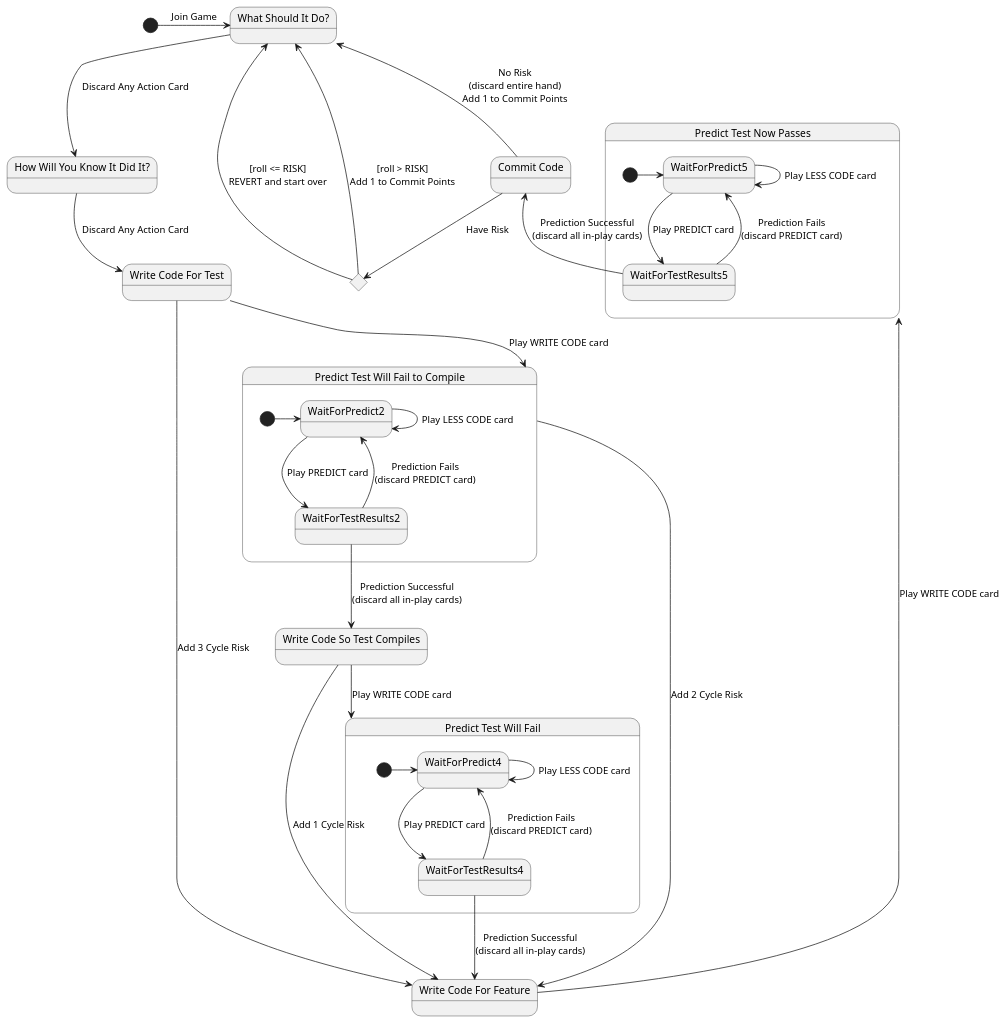
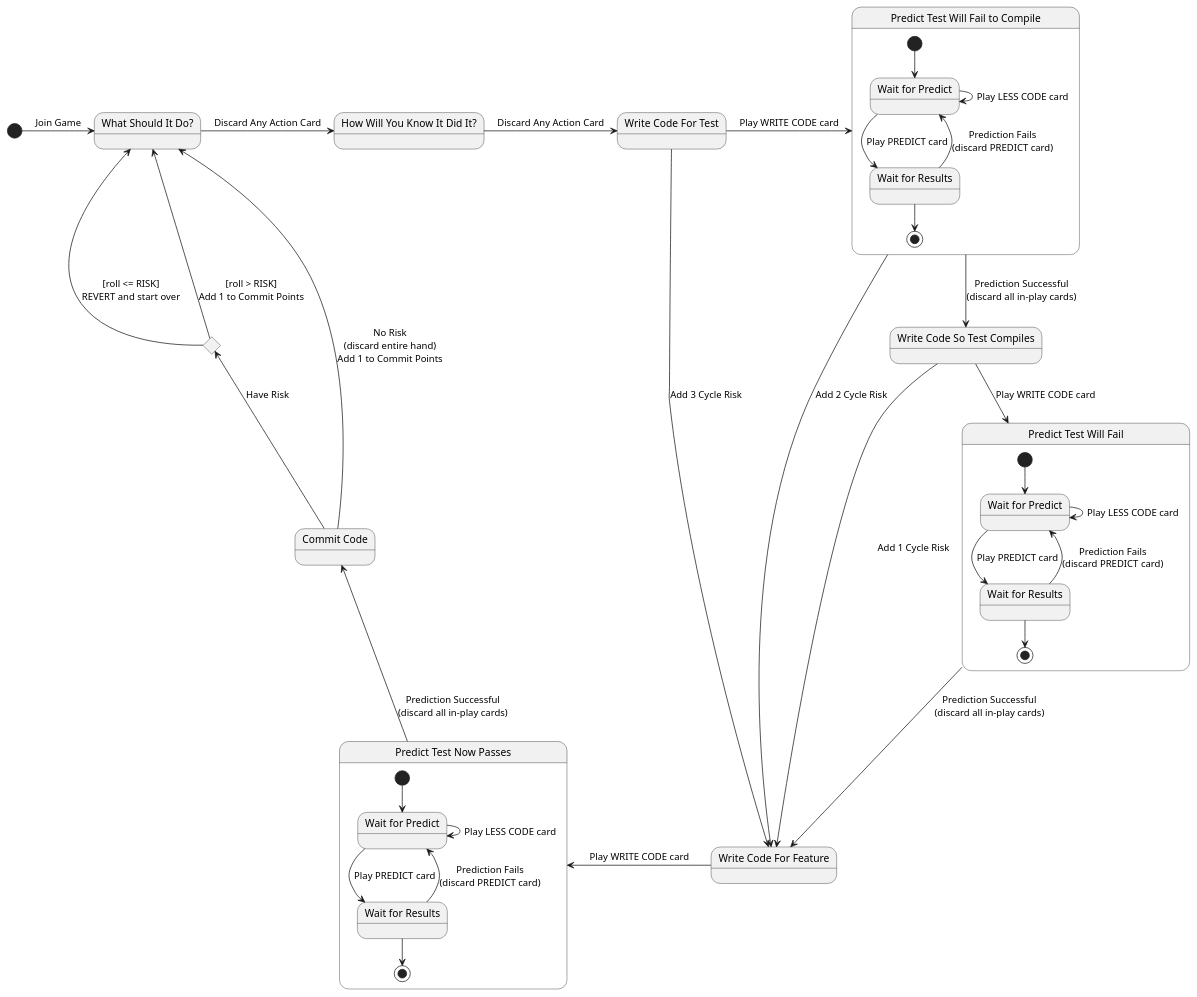
Before and after one commit to jitterted/tdd-game: the diagram in board-state-machine.puml, drawn with PlantUML.

Commit message:
rearranged puml diagram

```diff
--- a/board-state-machine.puml
+++ b/board-state-machine.puml
@@ -1,58 +1,75 @@
 @startuml
 
 state "What Should It Do?" as what
 state "How Will You Know It Did It?" as how
 state "Write Code For Test" as for_test
 state "Predict Test Will Fail to Compile" as predict_fail_compile
 state "Write Code So Test Compiles" as test_compiles
 state "Predict Test Will Fail" as predict_test_fail
 state "Write Code For Feature" as for_feature
 state "Predict Test Now Passes" as predict_test_passes
 state "Commit Code" as commit_code
 
 [*] -r-> what : Join Game
-what --> how : Discard Any Action Card
-how --> for_test : Discard Any Action Card
+
+what -r-> how : Discard Any Action Card
+
+how -r-> for_test : Discard Any Action Card
+
+for_test -r-> predict_fail_compile : Play WRITE CODE card
 
 for_test --> for_feature : Add 3 Cycle Risk
-for_test --> predict_fail_compile : Play WRITE CODE card
-
 state predict_fail_compile {
-    predict_fail_compile --> for_feature : Add 2 Cycle Risk
-    [*] -> WaitForPredict2
+    state "Wait for Predict" as WaitForPredict2
+    state "Wait for Results" as WaitForTestResults2
+    [*] --> WaitForPredict2
     WaitForPredict2 --> WaitForPredict2 : Play LESS CODE card
     WaitForPredict2 --> WaitForTestResults2 : Play PREDICT card
-    WaitForTestResults2 --> test_compiles : Prediction Successful\n(discard all in-play cards)
     WaitForTestResults2 --> WaitForPredict2 : Prediction Fails\n(discard PREDICT card)
+    WaitForTestResults2 --> [*]
+
 }
+
+predict_fail_compile --> for_feature : Add 2 Cycle Risk
+predict_fail_compile --> test_compiles : Prediction Successful\n(discard all in-play cards)
 
 test_compiles --> for_feature : Add 1 Cycle Risk
 test_compiles --> predict_test_fail : Play WRITE CODE card
 
 state predict_test_fail {
-    [*] -> WaitForPredict4
+    state "Wait for Predict" as WaitForPredict4
+    state "Wait for Results" as WaitForTestResults4
+    [*] --> WaitForPredict4
     WaitForPredict4 --> WaitForPredict4 : Play LESS CODE card
     WaitForPredict4 --> WaitForTestResults4 : Play PREDICT card
-    WaitForTestResults4 --> for_feature : Prediction Successful\n(discard all in-play cards)
     WaitForTestResults4 --> WaitForPredict4 : Prediction Fails\n(discard PREDICT card)
+    WaitForTestResults4 --> [*]
+
 }
 
-for_feature -u-> predict_test_passes : Play WRITE CODE card
+predict_test_fail --> for_feature : Prediction Successful\n(discard all in-play cards)
+
+for_feature -l-> predict_test_passes : Play WRITE CODE card
 
 state predict_test_passes {
-    [*] -> WaitForPredict5
+    state "Wait for Predict" as WaitForPredict5
+    state "Wait for Results" as WaitForTestResults5
+    [*] --> WaitForPredict5
     WaitForPredict5 --> WaitForPredict5 : Play LESS CODE card
     WaitForPredict5 --> WaitForTestResults5 : Play PREDICT card
-    WaitForTestResults5 -u-> commit_code : Prediction Successful\n(discard all in-play cards)
     WaitForTestResults5 --> WaitForPredict5 : Prediction Fails\n(discard PREDICT card)
+    WaitForTestResults5 --> [*]
 }
+    predict_test_passes -u-> commit_code : Prediction Successful\n(discard all in-play cards)
 
 state evaluate_risk <<choice>>
 
 commit_code -u-> what : No Risk\n(discard entire hand)\nAdd 1 to Commit Points
-commit_code --> evaluate_risk : Have Risk
+commit_code -u-> evaluate_risk : Have Risk
 
-evaluate_risk --> what : [roll <= RISK]\nREVERT and start over
-evaluate_risk --> what : [roll > RISK]\nAdd 1 to Commit Points
+evaluate_risk -u-> what : [roll <= RISK]\nREVERT and start over
+evaluate_risk -u-> what : [roll > RISK]\nAdd 1 to Commit Points
+
+
 
 @enduml
```
